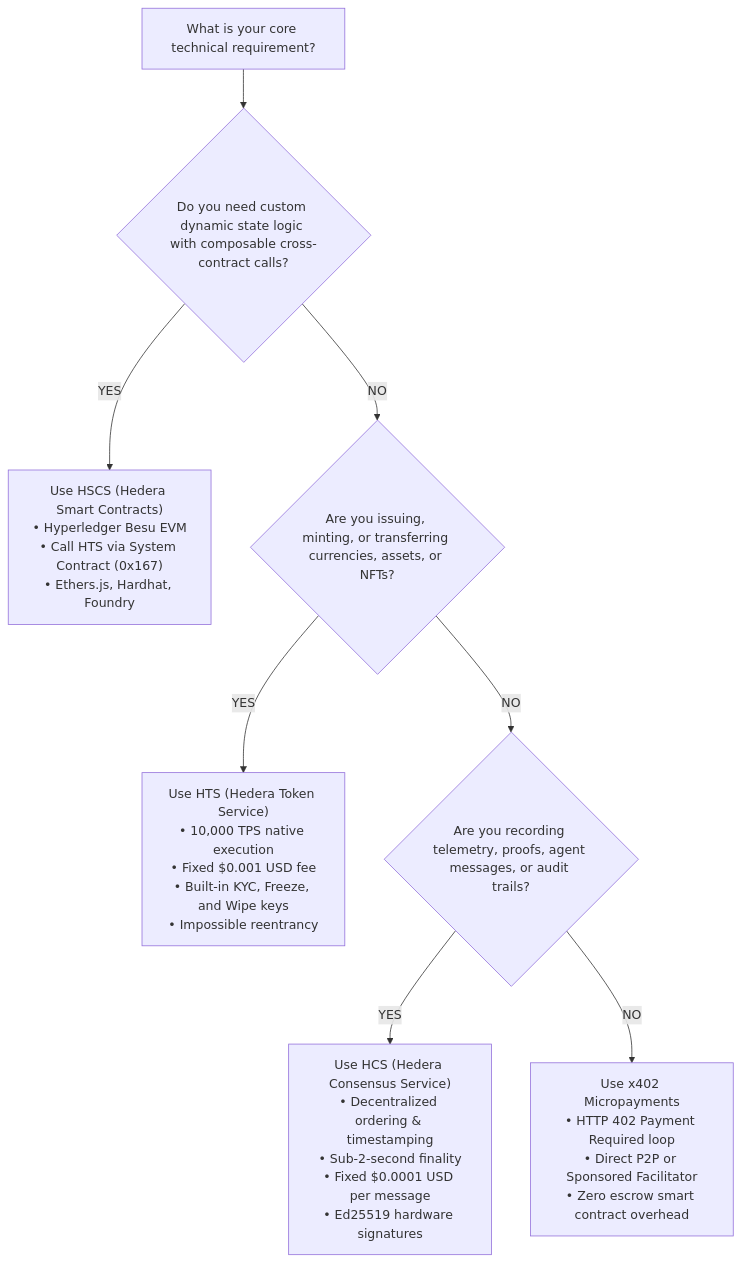
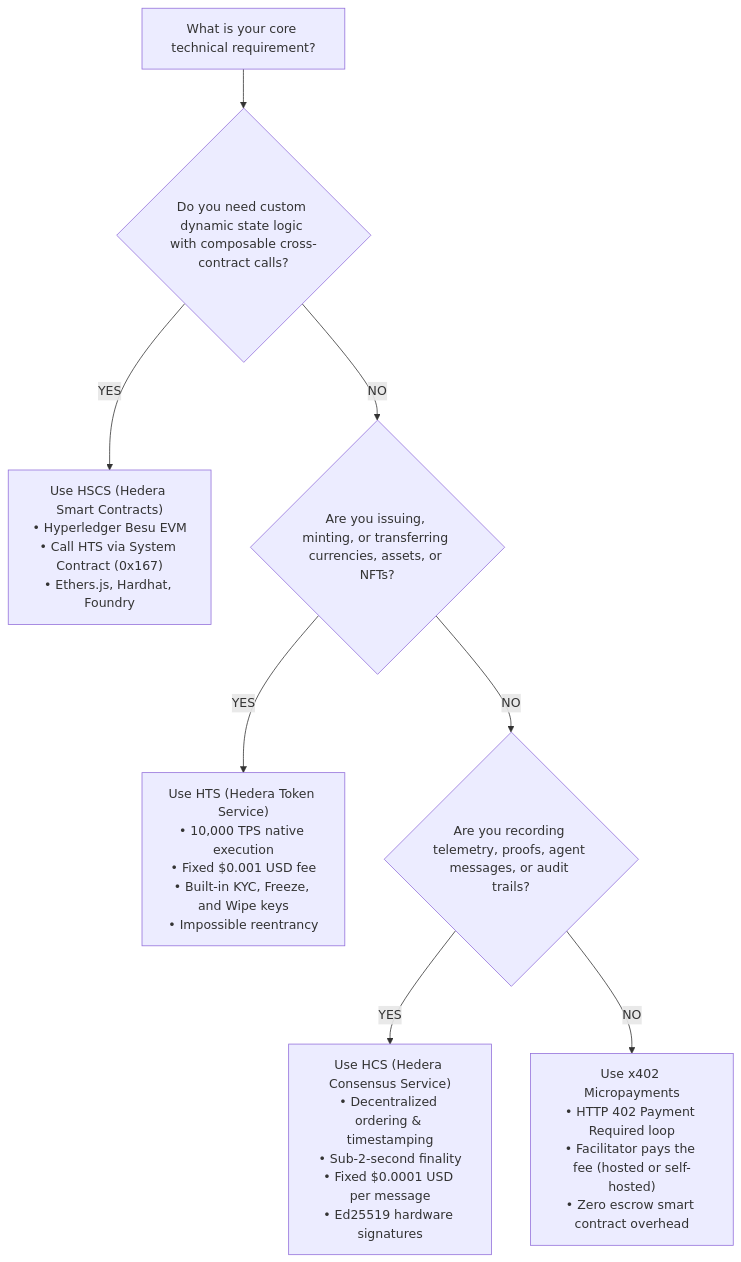
The diagram in docs/HEDERA_ARCHITECTURE_AND_GUARDRAILS.md (altaga/Hedera-By-Example), drawn with Mermaid before and after one commit. The commit also changed other lines of this file and 62 other files, not shown here.

````diff
--- a/docs/HEDERA_ARCHITECTURE_AND_GUARDRAILS.md
+++ b/docs/HEDERA_ARCHITECTURE_AND_GUARDRAILS.md
@@ -39,16 +39,16 @@
 ```mermaid
 flowchart TD
     Start["What is your core technical requirement?"] --> Q1{"Do you need custom dynamic state logic with composable cross-contract calls?"}
     
     Q1 -- YES --> HSCS["Use HSCS (Hedera Smart Contracts)<br/>• Hyperledger Besu EVM<br/>• Call HTS via System Contract (0x167)<br/>• Ethers.js, Hardhat, Foundry"]
     
     Q1 -- NO --> Q2{"Are you issuing, minting, or transferring currencies, assets, or NFTs?"}
     
     Q2 -- YES --> HTS["Use HTS (Hedera Token Service)<br/>• 10,000 TPS native execution<br/>• Fixed $0.001 USD fee<br/>• Built-in KYC, Freeze, and Wipe keys<br/>• Impossible reentrancy"]
     
     Q2 -- NO --> Q3{"Are you recording telemetry, proofs, agent messages, or audit trails?"}
     
     Q3 -- YES --> HCS["Use HCS (Hedera Consensus Service)<br/>• Decentralized ordering & timestamping<br/>• Sub-2-second finality<br/>• Fixed $0.0001 USD per message<br/>• Ed25519 hardware signatures"]
     
-    Q3 -- NO --> x402["Use x402 Micropayments<br/>• HTTP 402 Payment Required loop<br/>• Direct P2P or Sponsored Facilitator<br/>• Zero escrow smart contract overhead"]
+    Q3 -- NO --> x402["Use x402 Micropayments<br/>• HTTP 402 Payment Required loop<br/>• Facilitator pays the fee (hosted or self-hosted)<br/>• Zero escrow smart contract overhead"]
 ```
````
